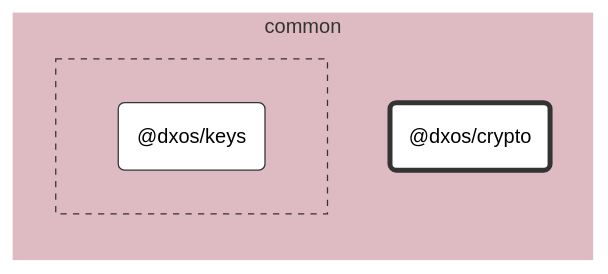
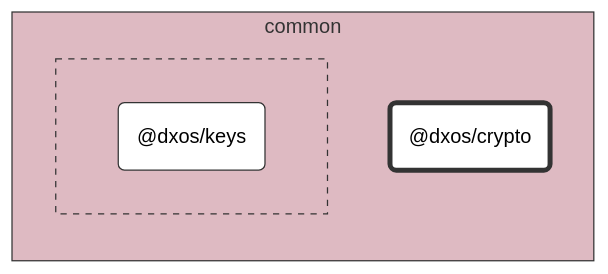
One commit to dxos/dxos changed the diagram in packages/common/crypto/docs/README.md. Above: the diagram before and after it, drawn with Mermaid (neutral theme). The commit also changed 89 other files, not shown here.

````diff
--- a/packages/common/crypto/docs/README.md
+++ b/packages/common/crypto/docs/README.md
@@ -7,26 +7,26 @@
 ```mermaid
 %%{ init: {'flowchart':{'curve':'basis'}} }%%
 
 flowchart LR
 
 %% Classes
 classDef def fill:#fff,stroke:#333,stroke-width:1px
 classDef root fill:#fff,stroke:#333,stroke-width:4px
 
 %% Nodes
 
 subgraph common [common]
-  style common fill:#debac2,stroke:#fff
+  style common fill:#debac2,stroke:#333
   dxos/crypto("@dxos/crypto"):::root
   click dxos/crypto "dxos/dxos/tree/main/packages/common/crypto/docs"
 
-  subgraph common-excluded [ ]
-    style common-excluded fill:#debac2,stroke:#333,stroke-dasharray:5 5
+  subgraph _ [ ]
+    style _ fill:#debac2,stroke:#333,stroke-dasharray:5 5
     dxos/keys("@dxos/keys"):::def
     click dxos/keys "dxos/dxos/tree/main/packages/common/keys/docs"
   end
 end
 
 %% Links
 linkStyle default stroke:#333,stroke-width:1px
 ```
````
